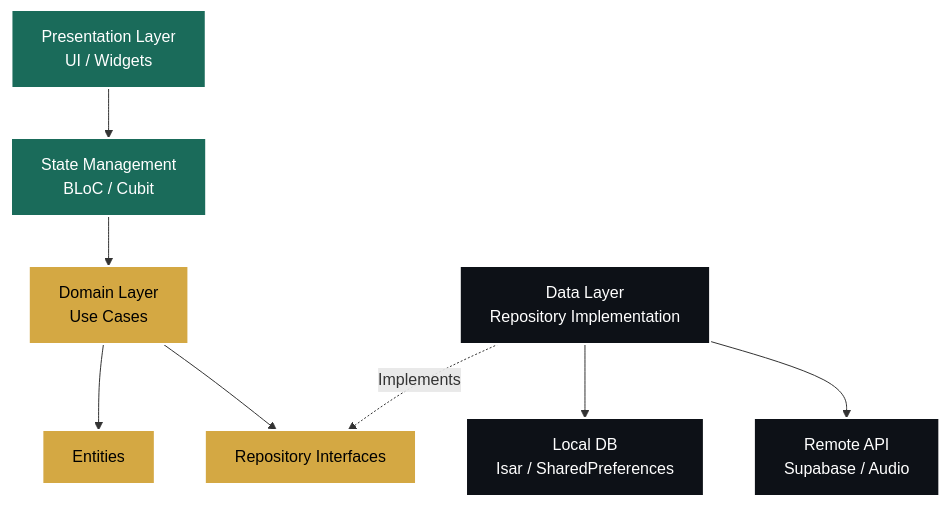
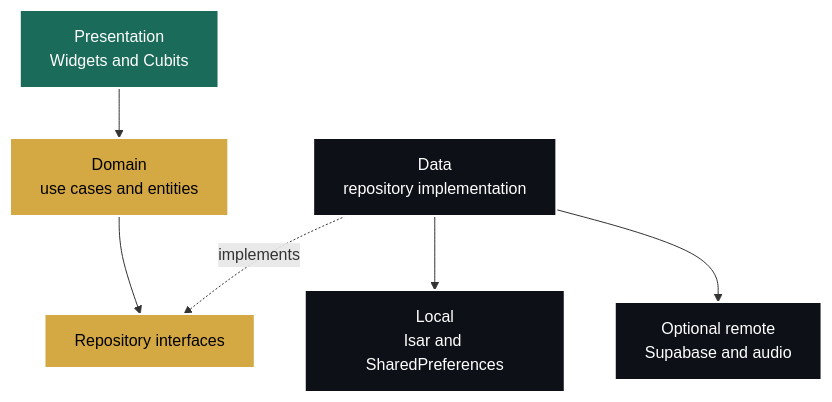
The diagram in README.md (sayedsaad96/talia_quran), drawn with Mermaid before and after one commit. The commit also changed other lines of this file, not shown here.

````diff
--- a/README.md
+++ b/README.md
@@ -57,19 +80,15 @@
 ```mermaid
 graph TD
-    UI[Presentation Layer<br>UI / Widgets] --> Bloc[State Management<br>BLoC / Cubit]
-    Bloc --> UC[Domain Layer<br>Use Cases]
-    UC --> Entities[Entities]
-    UC --> RepoInterface[Repository Interfaces]
-    RepoImpl[Data Layer<br>Repository Implementation] -. Implements .-> RepoInterface
-    RepoImpl --> Local[Local DB<br>Isar / SharedPreferences]
-    RepoImpl --> Remote[Remote API<br>Supabase / Audio]
-    
+    UI[Presentation<br>Widgets and Cubits] --> Domain[Domain<br>use cases and entities]
+    Domain --> RepoInterface[Repository interfaces]
+    RepoImpl[Data<br>repository implementation] -. implements .-> RepoInterface
+    RepoImpl --> Local[Local<br>Isar and SharedPreferences]
+    RepoImpl --> Remote[Optional remote<br>Supabase and audio]
+
     style UI fill:#1A6B5A,stroke:#fff,stroke-width:2px,color:#fff
-    style Bloc fill:#1A6B5A,stroke:#fff,stroke-width:2px,color:#fff
-    style UC fill:#D4A843,stroke:#fff,stroke-width:2px,color:#000
-    style Entities fill:#D4A843,stroke:#fff,stroke-width:2px,color:#000
+    style Domain fill:#D4A843,stroke:#fff,stroke-width:2px,color:#000
     style RepoInterface fill:#D4A843,stroke:#fff,stroke-width:2px,color:#000
     style RepoImpl fill:#0D1117,stroke:#fff,stroke-width:2px,color:#fff
     style Local fill:#0D1117,stroke:#fff,stroke-width:2px,color:#fff
     style Remote fill:#0D1117,stroke:#fff,stroke-width:2px,color:#fff
 ```
````
